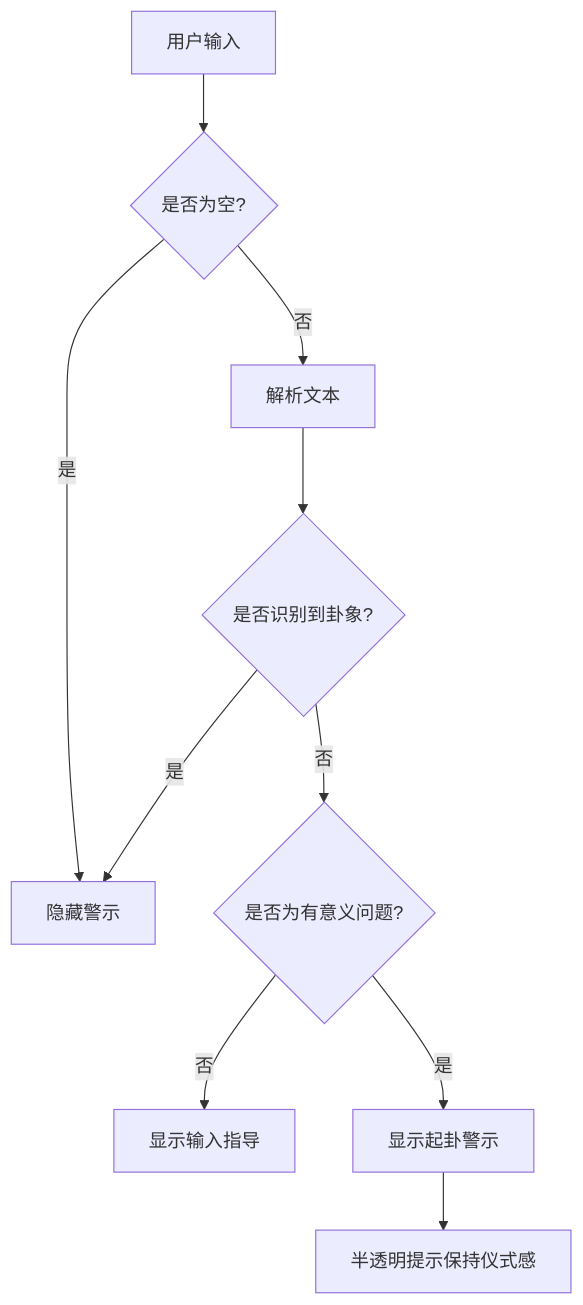
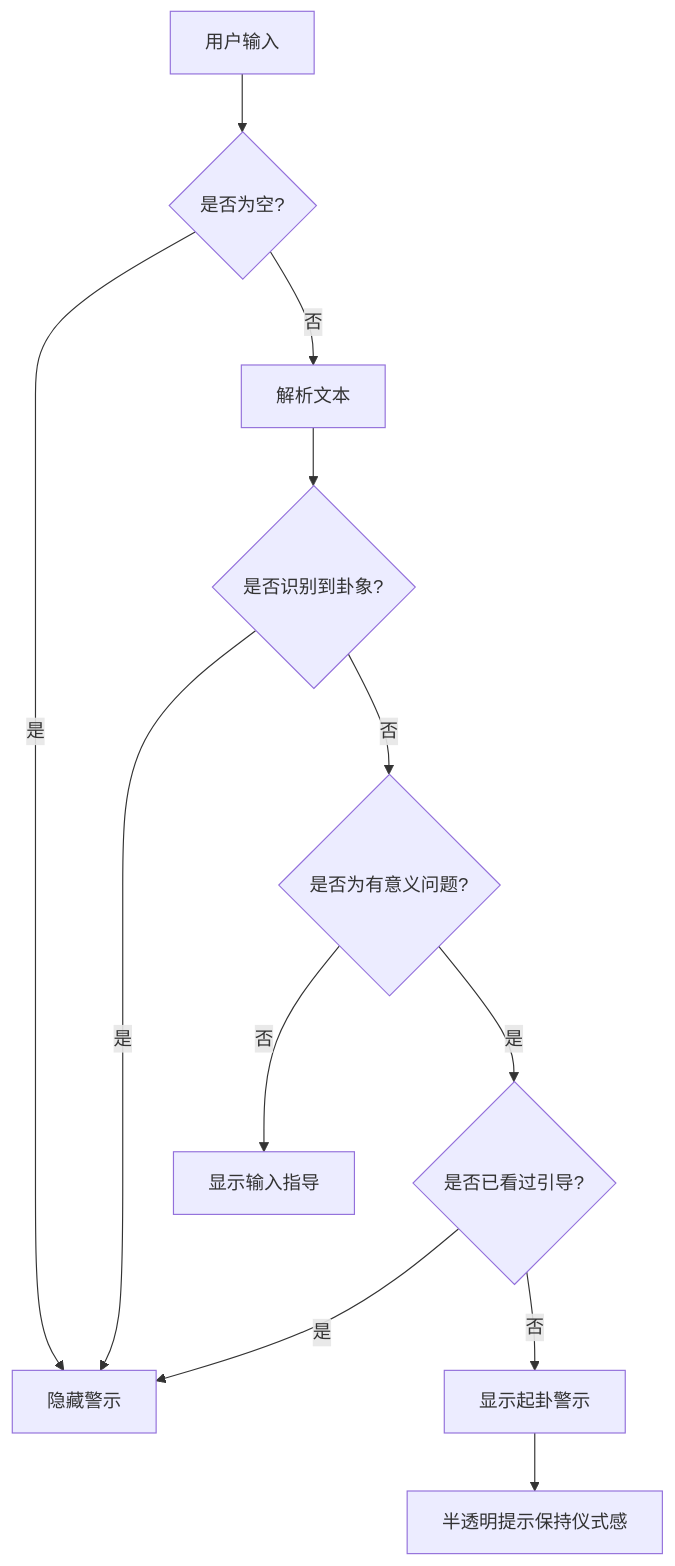
The fourth of 9 diagrams in .qoder/repowiki/zh/content/用户界面/用户界面.md (ghg618-ui/meihuayili-3.8), drawn with Mermaid before and after one commit. The commit also changed other lines of this file and 4 other files, not shown here.

````diff
--- a/.qoder/repowiki/zh/content/用户界面/用户界面.md
+++ b/.qoder/repowiki/zh/content/用户界面/用户界面.md
@@ -156,12 +209,14 @@
 ```mermaid
 flowchart TD
 Input["用户输入"] --> CheckEmpty{"是否为空?"}
 CheckEmpty --> |是| HideWarning["隐藏警示"]
 CheckEmpty --> |否| ParseText["解析文本"]
 ParseText --> CheckParsed{"是否识别到卦象?"}
 CheckParsed --> |是| HideWarning
 CheckParsed --> |否| CheckMeaningful{"是否为有意义问题?"}
 CheckMeaningful --> |否| ShowGuidance["显示输入指导"]
-CheckMeaningful --> |是| ShowWarning["显示起卦警示"]
+CheckMeaningful --> |是| CheckGuide{"是否已看过引导?"}
+CheckGuide --> |是| HideWarning
+CheckGuide --> |否| ShowWarning["显示起卦警示"]
 ShowWarning --> SemiTransparent["半透明提示保持仪式感"]
 ```
````
